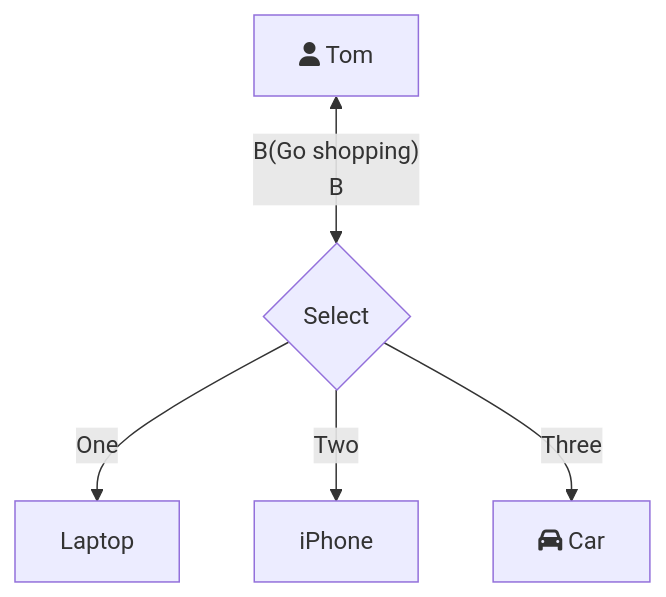
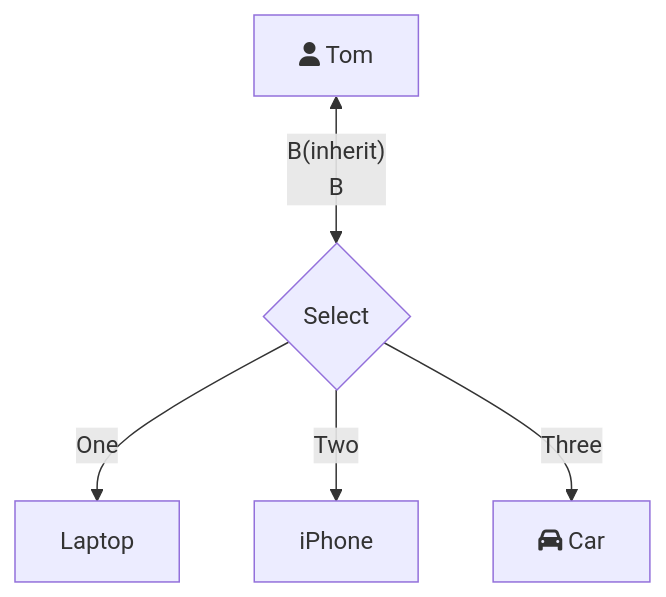
The diagram in all/未命名.md (Jason-DancingBoy/iodraw-files), drawn with Mermaid before and after one commit.

Commit message:
2026-01-02 20:29:26 update

````diff
--- a/all/未命名.md
+++ b/all/未命名.md
@@ -1,9 +1,9 @@
 ```mermaid
 graph TD
-    A[fa:fa-user Tom] <--  B(Go shopping)
+    A[fa:fa-user Tom] <--  B(inherit)
     B --> C{Select}
     C -->|One| D[Laptop]
     C -->|Two| E[iPhone]
     C -->|Three| F[fa:fa-car Car]
 
 ```
````
